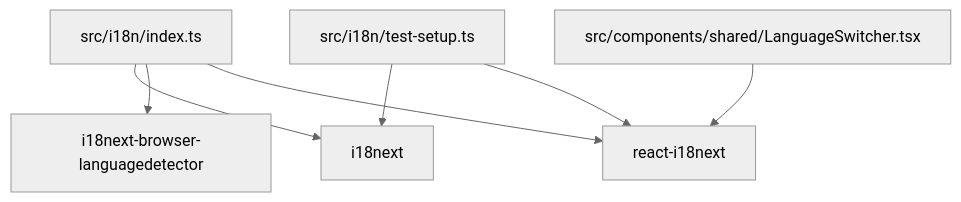
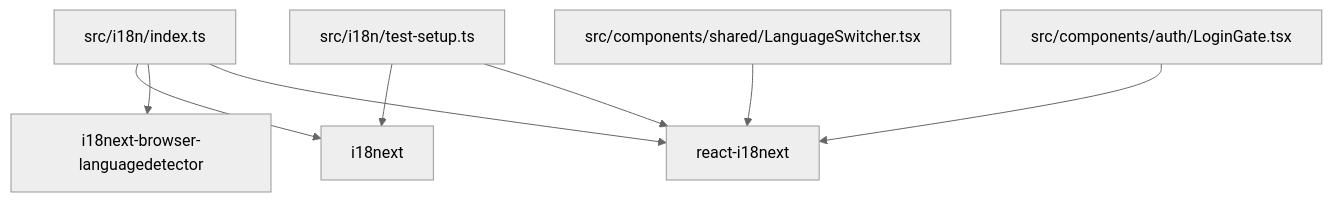
Before and after one commit to WW-AI-Lab/openclaw-office: the sixth of 6 diagrams in .qoder/repowiki/zh/content/国际化系统.md, drawn with Mermaid (neutral theme). The commit also changed other lines of this file and 9 other files, not shown here.

````diff
--- a/.qoder/repowiki/zh/content/国际化系统.md
+++ b/.qoder/repowiki/zh/content/国际化系统.md
@@ -294,15 +351,17 @@
 ```mermaid
 graph TB
 I18N["i18next"]
 DET["i18next-browser-languagedetector"]
 R18N["react-i18next"]
 IDX["src/i18n/index.ts"]
 LSW["src/components/shared/LanguageSwitcher.tsx"]
+LG["src/components/auth/LoginGate.tsx"]
 TST["src/i18n/test-setup.ts"]
 IDX --> I18N
 IDX --> DET
 IDX --> R18N
 LSW --> R18N
+LG --> R18N
 TST --> I18N
 TST --> R18N
 ```
````
